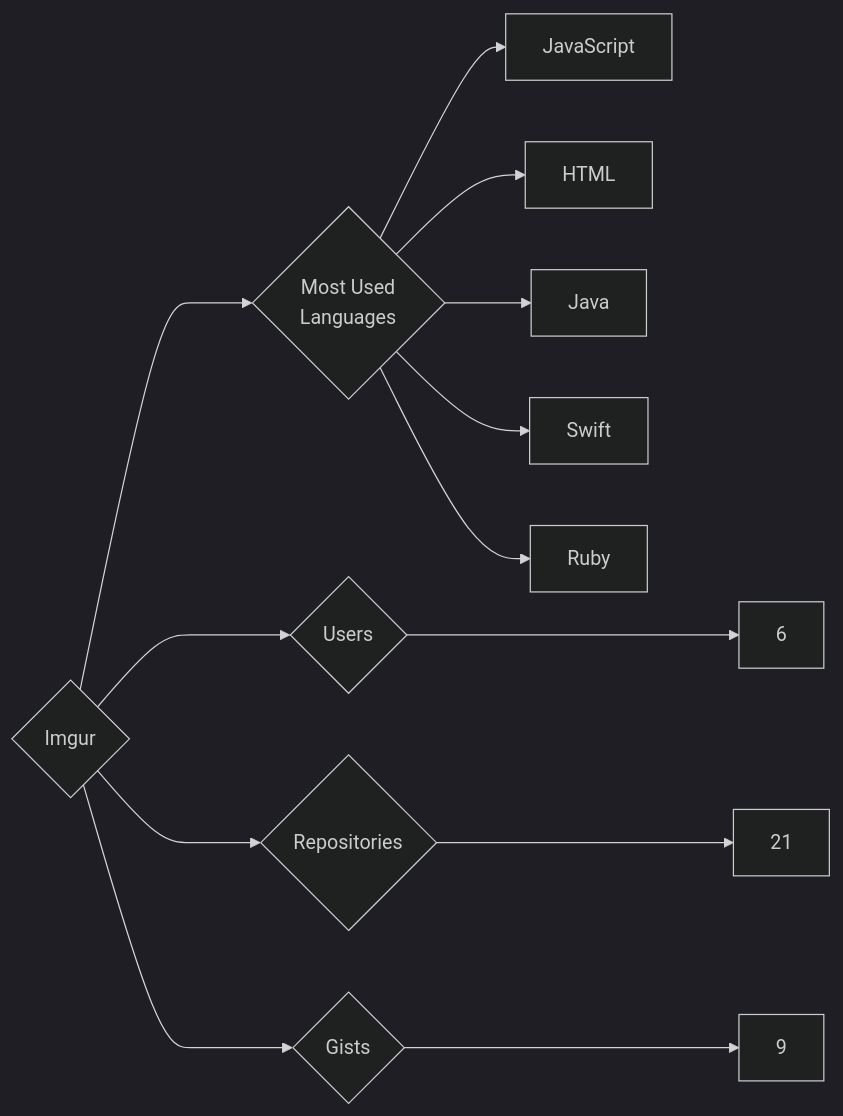
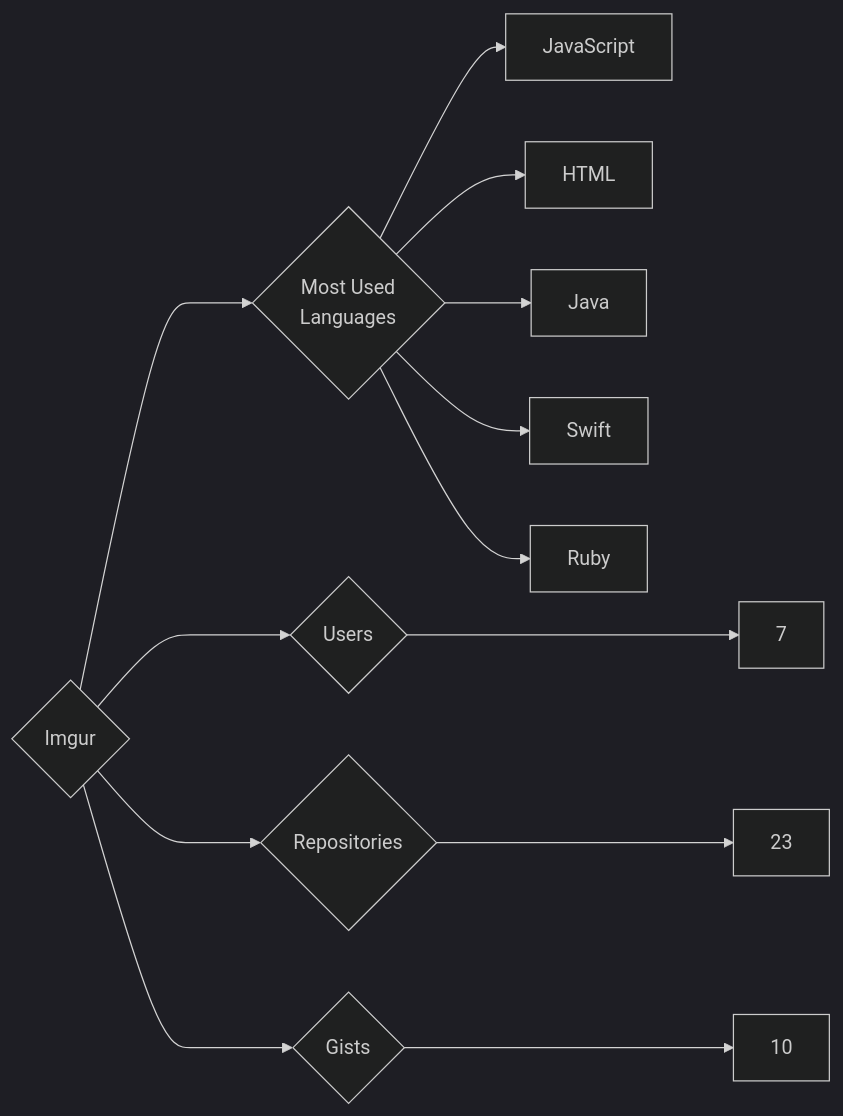
Before and after one commit to trickest/insiders: the diagram in targets/Imgur/README.md, drawn with Mermaid (dark theme). The commit also changed 985 other files, not shown here.

````diff
--- a/targets/Imgur/README.md
+++ b/targets/Imgur/README.md
@@ -3,13 +3,13 @@
 ```mermaid
 graph LR
 COMPANY_NAME{Imgur}
-COMPANY_NAME ---> U{Users} ---> UN[6]
-COMPANY_NAME ---> R{Repositories} ---> RN[21]
-COMPANY_NAME ---> G{Gists} ---> GN[9]
+COMPANY_NAME ---> U{Users} ---> UN[7]
+COMPANY_NAME ---> R{Repositories} ---> RN[23]
+COMPANY_NAME ---> G{Gists} ---> GN[10]
 COMPANY_NAME ---> ML{Most Used<br>Languages}
 ML --> JavaScript[JavaScript]
 ML --> HTML[HTML]
 ML --> Java[Java]
 ML --> Swift[Swift]
 ML --> Ruby[Ruby]
 ```
````
